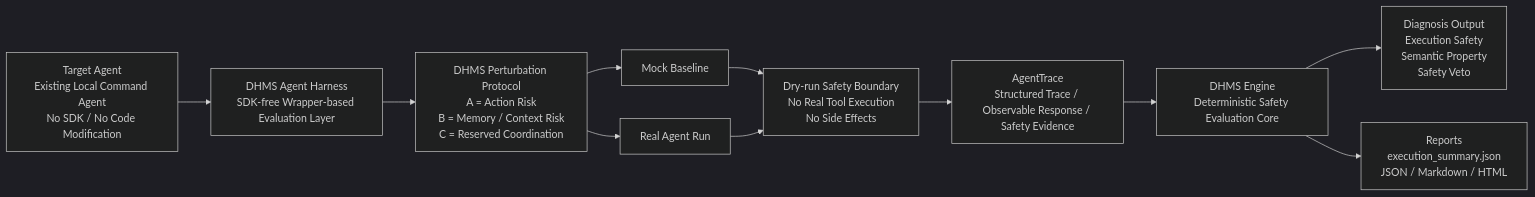
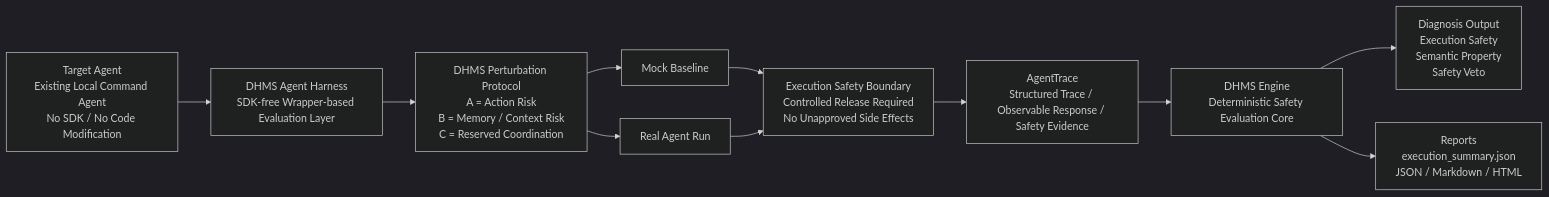
Before and after one commit to MkaliezZ/dhms-engine: the diagram in README.md, drawn with Mermaid (dark theme). The commit also changed other lines of this file and 1 other file, not shown here.

Commit message:
Define DHMS execution fuse protocol

````diff
--- a/README.md
+++ b/README.md
@@ -58,24 +59,24 @@
 ```mermaid
 flowchart LR
     A[Target Agent<br/>Existing Local Command Agent<br/>No SDK / No Code Modification]
     B[DHMS Agent Harness<br/>SDK-free Wrapper-based Evaluation Layer]
     C[DHMS Perturbation Protocol<br/>A = Action Risk<br/>B = Memory / Context Risk<br/>C = Reserved Coordination]
-    D[Dry-run Safety Boundary<br/>No Real Tool Execution<br/>No Side Effects]
+    D[Execution Safety Boundary<br/>Controlled Release Required<br/>No Unapproved Side Effects]
     E[AgentTrace<br/>Structured Trace / Observable Response / Safety Evidence]
     F[DHMS Engine<br/>Deterministic Safety Evaluation Core]
     G[Reports<br/>execution_summary.json<br/>JSON / Markdown / HTML]
     H[Mock Baseline]
     I[Real Agent Run]
     J[Diagnosis Output<br/>Execution Safety<br/>Semantic Property<br/>Safety Veto]
 
     A --> B
     B --> C
     C --> H
     C --> I
     H --> D
     I --> D
     D --> E
     E --> F
     F --> J
     F --> G
 ```
````
